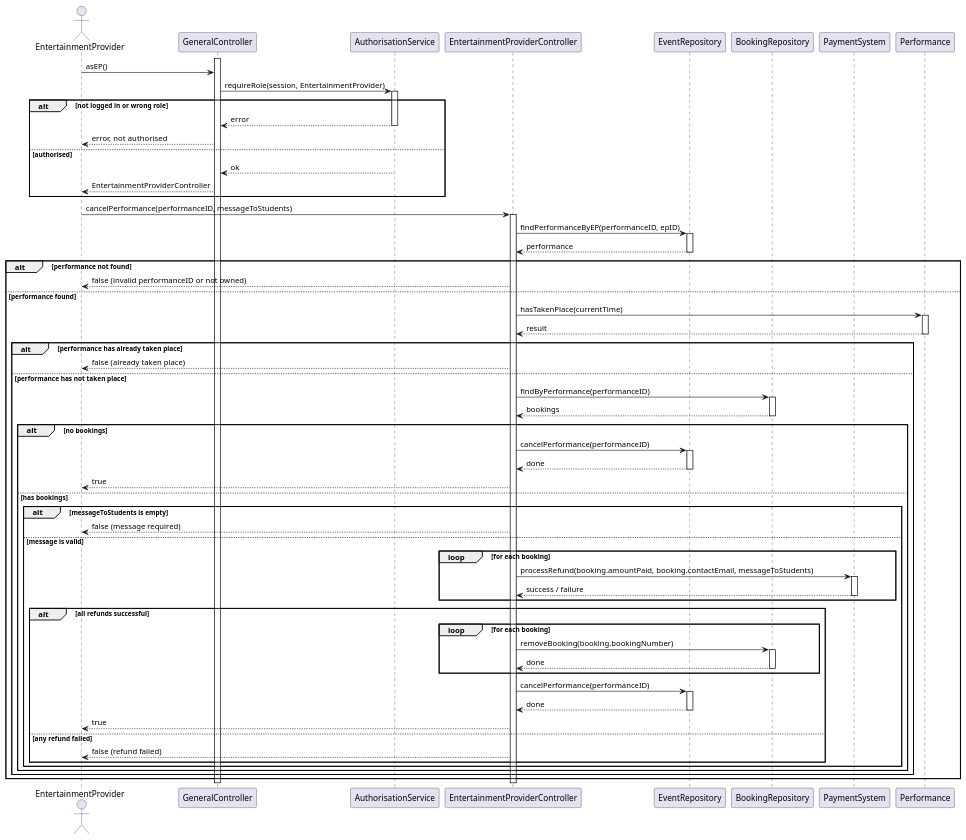
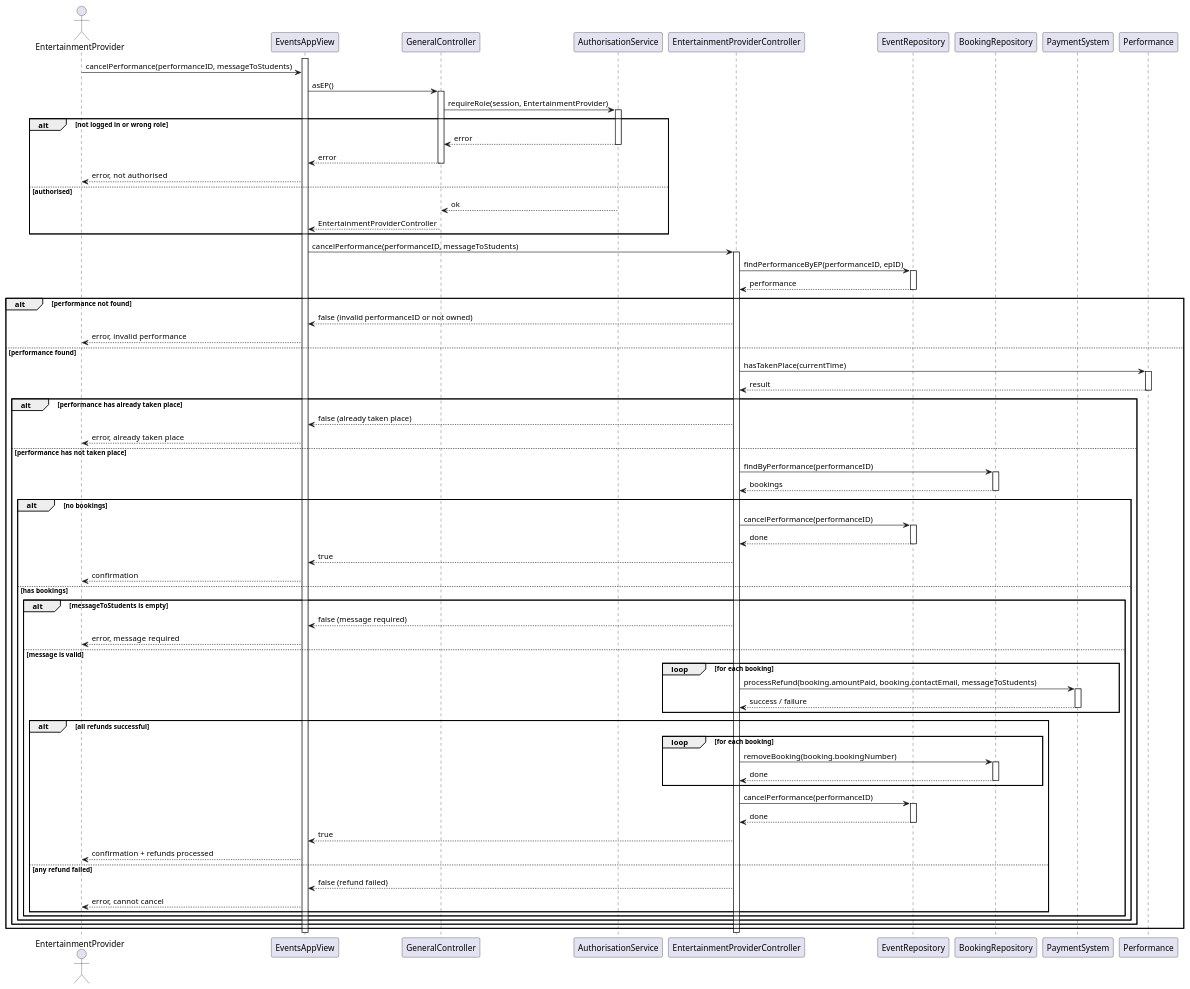
Before and after one commit to Kingjinsight/CourseWork: the diagram in CW2/Task4_cancel_performance.puml, drawn with PlantUML. The commit also changed 1 other file, not shown here.

Commit message:
Update view class for both task2 and task4 (#39)

```diff
--- a/CW2/Task4_cancel_performance.puml
+++ b/CW2/Task4_cancel_performance.puml
@@ -1,93 +1,106 @@
 @startuml Cancel Performance
 
 actor EntertainmentProvider
+participant EventsAppView
 participant GeneralController
 participant AuthorisationService
 participant EntertainmentProviderController
 participant EventRepository
 participant BookingRepository
 participant PaymentSystem
 participant Performance
 
+activate EventsAppView
+
+EntertainmentProvider -> EventsAppView: cancelPerformance(performanceID, messageToStudents)
+
+EventsAppView -> GeneralController: asEP()
 activate GeneralController
-
-EntertainmentProvider -> GeneralController: asEP()
 GeneralController -> AuthorisationService: requireRole(session, EntertainmentProvider)
 activate AuthorisationService
 
 alt not logged in or wrong role
     AuthorisationService --> GeneralController: error
     deactivate AuthorisationService
-    GeneralController --> EntertainmentProvider: error, not authorised
+    GeneralController --> EventsAppView: error
+    deactivate GeneralController
+    EventsAppView --> EntertainmentProvider: error, not authorised
 else authorised
     AuthorisationService --> GeneralController: ok
     deactivate AuthorisationService
-    GeneralController --> EntertainmentProvider: EntertainmentProviderController
+    GeneralController --> EventsAppView: EntertainmentProviderController
+    deactivate GeneralController
 end
 
-EntertainmentProvider -> EntertainmentProviderController: cancelPerformance(performanceID, messageToStudents)
+EventsAppView -> EntertainmentProviderController: cancelPerformance(performanceID, messageToStudents)
 activate EntertainmentProviderController
 
 EntertainmentProviderController -> EventRepository: findPerformanceByEP(performanceID, epID)
 activate EventRepository
 EventRepository --> EntertainmentProviderController: performance
 deactivate EventRepository
 
 alt performance not found
-    EntertainmentProviderController --> EntertainmentProvider: false (invalid performanceID or not owned)
+    EntertainmentProviderController --> EventsAppView: false (invalid performanceID or not owned)
+    EventsAppView --> EntertainmentProvider: error, invalid performance
 else performance found
     EntertainmentProviderController -> Performance: hasTakenPlace(currentTime)
     activate Performance
     Performance --> EntertainmentProviderController: result
     deactivate Performance
 
     alt performance has already taken place
-        EntertainmentProviderController --> EntertainmentProvider: false (already taken place)
+        EntertainmentProviderController --> EventsAppView: false (already taken place)
+        EventsAppView --> EntertainmentProvider: error, already taken place
     else performance has not taken place
         EntertainmentProviderController -> BookingRepository: findByPerformance(performanceID)
         activate BookingRepository
         BookingRepository --> EntertainmentProviderController: bookings
         deactivate BookingRepository
 
         alt no bookings
             EntertainmentProviderController -> EventRepository: cancelPerformance(performanceID)
             activate EventRepository
             EventRepository --> EntertainmentProviderController: done
             deactivate EventRepository
-            EntertainmentProviderController --> EntertainmentProvider: true
+            EntertainmentProviderController --> EventsAppView: true
+            EventsAppView --> EntertainmentProvider: confirmation
         else has bookings
             alt messageToStudents is empty
-                EntertainmentProviderController --> EntertainmentProvider: false (message required)
+                EntertainmentProviderController --> EventsAppView: false (message required)
+                EventsAppView --> EntertainmentProvider: error, message required
             else message is valid
                 loop for each booking
                     EntertainmentProviderController -> PaymentSystem: processRefund(booking.amountPaid, booking.contactEmail, messageToStudents)
                     activate PaymentSystem
                     PaymentSystem --> EntertainmentProviderController: success / failure
                     deactivate PaymentSystem
                 end
 
                 alt all refunds successful
                     loop for each booking
                         EntertainmentProviderController -> BookingRepository: removeBooking(booking.bookingNumber)
                         activate BookingRepository
                         BookingRepository --> EntertainmentProviderController: done
                         deactivate BookingRepository
                     end
 
                     EntertainmentProviderController -> EventRepository: cancelPerformance(performanceID)
                     activate EventRepository
                     EventRepository --> EntertainmentProviderController: done
                     deactivate EventRepository
-                    EntertainmentProviderController --> EntertainmentProvider: true
+                    EntertainmentProviderController --> EventsAppView: true
+                    EventsAppView --> EntertainmentProvider: confirmation + refunds processed
                 else any refund failed
-                    EntertainmentProviderController --> EntertainmentProvider: false (refund failed)
+                    EntertainmentProviderController --> EventsAppView: false (refund failed)
+                    EventsAppView --> EntertainmentProvider: error, cannot cancel
                 end
             end
         end
     end
 end
 
 deactivate EntertainmentProviderController
-deactivate GeneralController
+deactivate EventsAppView
 
 @enduml
```
